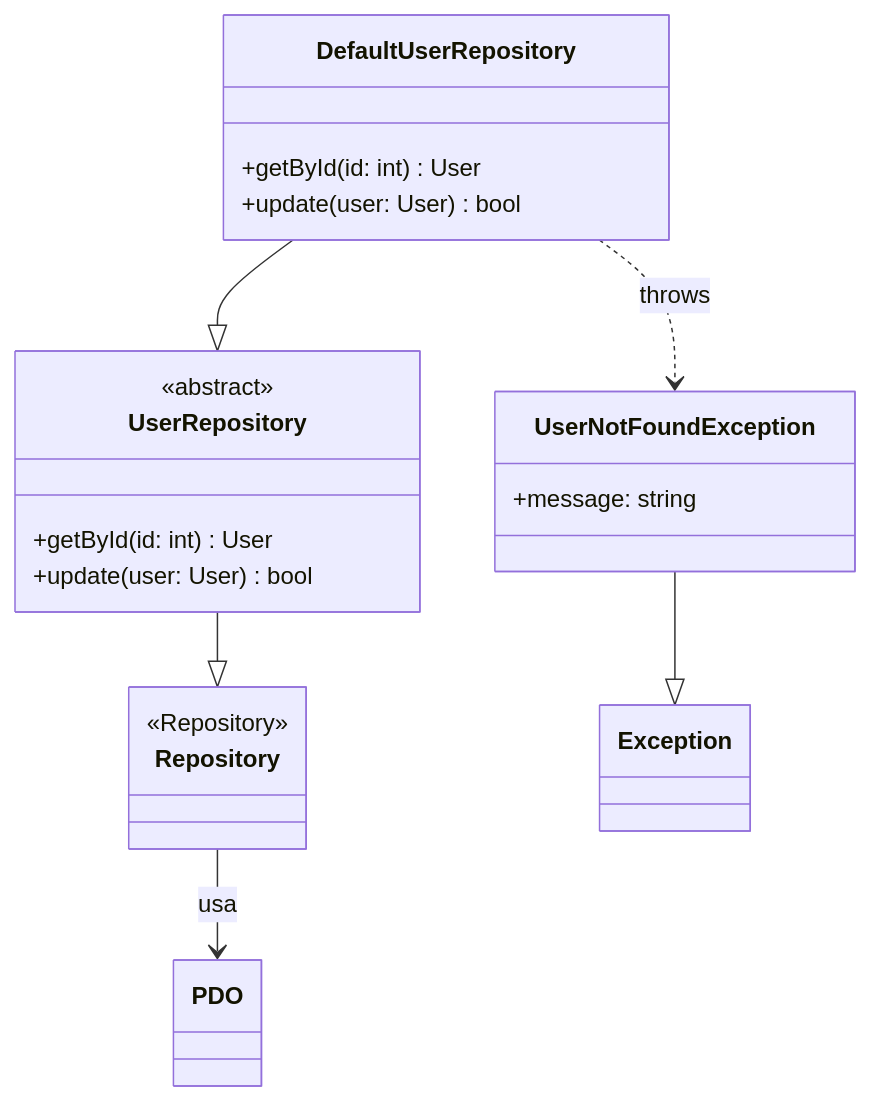
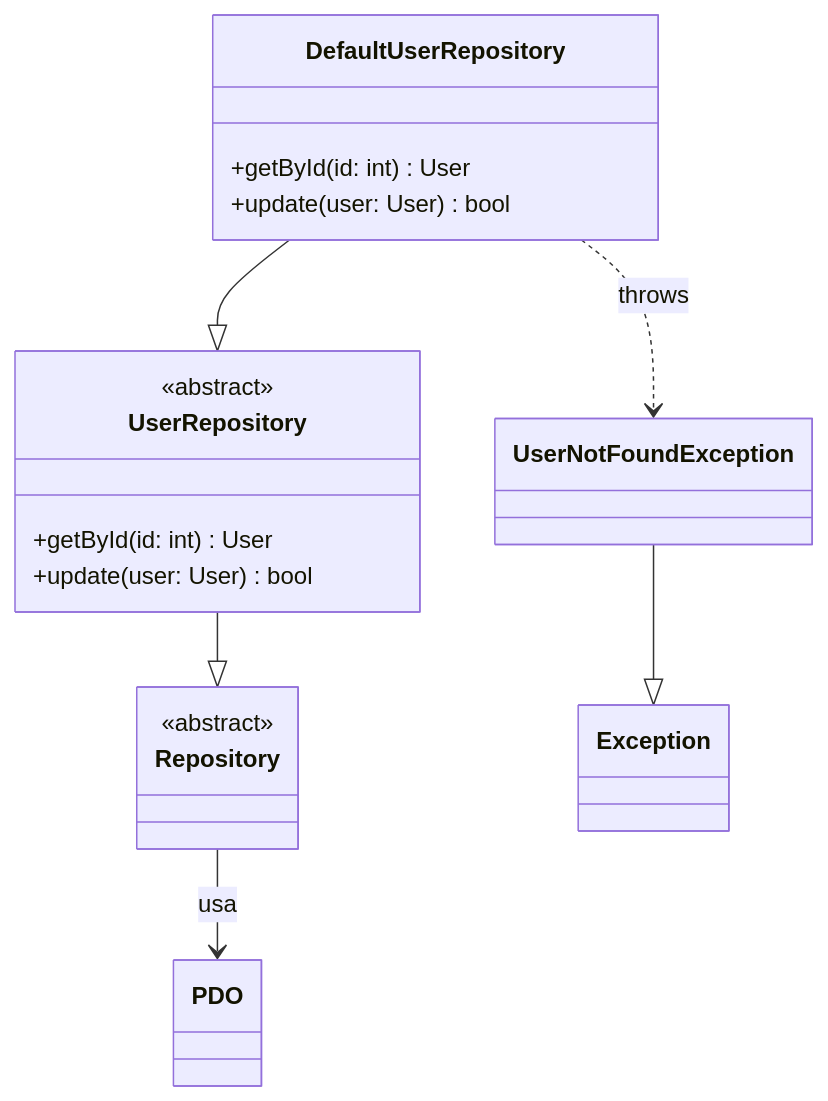
Before and after one commit to mb4dev/progetto-prova: the first of 7 diagrams in documentazione/UC02.md, drawn with Mermaid. The commit also changed other lines of this file and 12 other files, not shown here.

````diff
--- a/documentazione/UC02.md
+++ b/documentazione/UC02.md
@@ -11,29 +11,28 @@
 ```mermaid 
 classDiagram
 
 class Repository {
-    <<Repository>>
+    <<abstract>>
 }
 
 class UserRepository {
     <<abstract>>
     +getById(id: int) User
     +update(user: User) bool
 }
 
 class DefaultUserRepository {
     +getById(id: int) User
     +update(user: User) bool
 }
 
 class UserNotFoundException {
-    +message: string
 }
 
 UserRepository --|> Repository        
 DefaultUserRepository --|> UserRepository  
 Repository --> PDO : usa
 
 DefaultUserRepository ..> UserNotFoundException : throws
 UserNotFoundException --|> Exception
 ```
````
